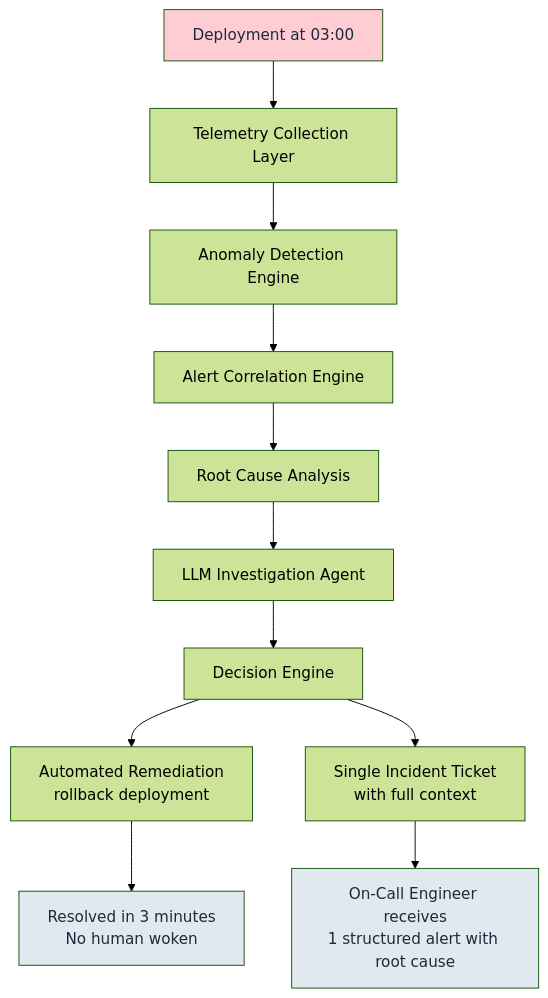
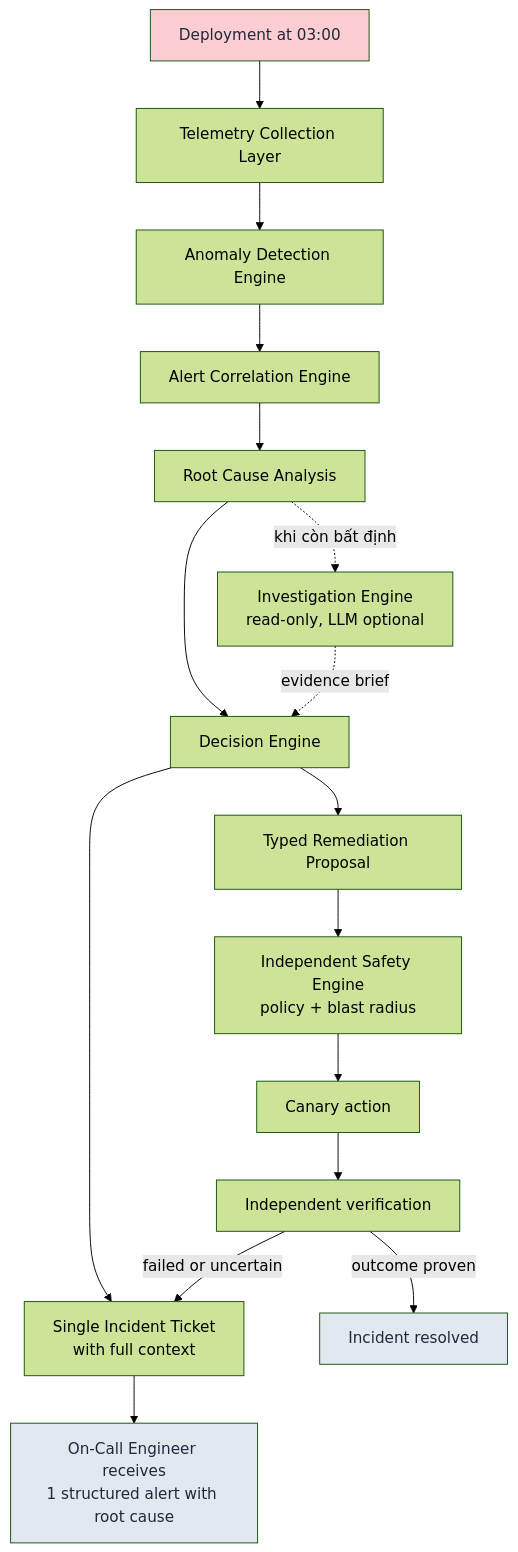
One commit to XUanhoa04/aiops-engineering-handbook changed the second of 10 diagrams in docs/vi/00-introduction.vi.md. Above: the diagram before and after it, drawn with Mermaid (forest theme). The commit also changed other lines of this file and 52 other files, not shown here.

Commit message:
docs: modernize and reproduce architecture diagrams

````diff
--- a/docs/vi/00-introduction.vi.md
+++ b/docs/vi/00-introduction.vi.md
@@ -263,19 +263,24 @@
 ```mermaid
 graph TD
     DEP[Deployment at 03:00] --> COLLECT[Telemetry Collection Layer]
     COLLECT --> AD[Anomaly Detection Engine]
     AD --> CORR[Alert Correlation Engine]
     CORR --> RCA[Root Cause Analysis]
-    RCA --> LLM[LLM Investigation Agent]
-    LLM --> DEC[Decision Engine]
+    RCA --> DEC[Decision Engine]
+    RCA -.->|khi còn bất định| INV[Investigation Engine\nread-only, LLM optional]
+    INV -.->|evidence brief| DEC
 
-    DEC --> AUTO[Automated Remediation\nrollback deployment]
+    DEC --> PROP[Typed Remediation Proposal]
     DEC --> TICKET[Single Incident Ticket\nwith full context]
+    PROP --> SAFE[Independent Safety Engine\npolicy + blast radius]
+    SAFE --> CANARY[Canary action]
+    CANARY --> VERIFY[Independent verification]
 
-    AUTO --> RESOLVED[Resolved in 3 minutes\nNo human woken]
+    VERIFY -->|outcome proven| RESOLVED[Incident resolved]
+    VERIFY -->|failed or uncertain| TICKET
     TICKET --> ENG[On-Call Engineer receives\n1 structured alert with root cause]
 
     style DEP fill:#fecdd3,color:#1e293b
     style RESOLVED fill:#e2e8f0,color:#1e293b
     style ENG fill:#e2e8f0,color:#1e293b
 ```
````
